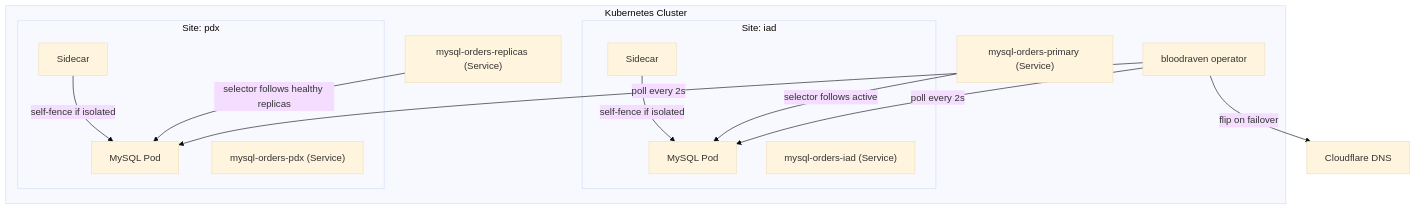
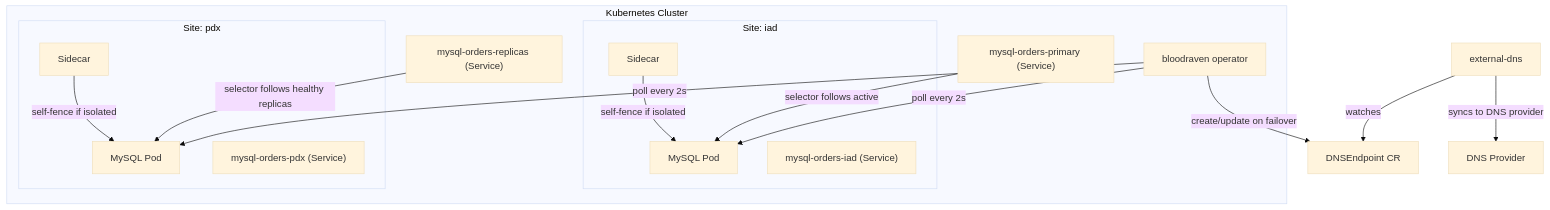
One commit to ShipStream/bloodraven changed the diagram in docs/docs/architecture.mdx. Above: the diagram before and after it, drawn with Mermaid (base theme). The commit also changed other lines of this file and 25 other files, not shown here.

First line of the commit message:
Replace Cloudflare DNS with external-dns DNSEndpoint CRD

````diff
--- a/docs/docs/architecture.mdx
+++ b/docs/docs/architecture.mdx
@@ -11,31 +11,34 @@
 ```mermaid
 graph TB
     subgraph "Kubernetes Cluster"
         OP[bloodraven operator]
 
         subgraph "Site: iad"
             POD_A[MySQL Pod]
             SC_A[Sidecar]
             SVC_A["mysql-orders-iad (Service)"]
         end
 
         subgraph "Site: pdx"
             POD_B[MySQL Pod]
             SC_B[Sidecar]
             SVC_B["mysql-orders-pdx (Service)"]
         end
 
         SVC_PRI["mysql-orders-primary (Service)"]
         SVC_REP["mysql-orders-replicas (Service)"]
     end
 
-    CF[Cloudflare DNS]
+    DE[DNSEndpoint CR]
+    ED[external-dns]
 
     OP -- "poll every 2s" --> POD_A
     OP -- "poll every 2s" --> POD_B
-    OP -- "flip on failover" --> CF
+    OP -- "create/update on failover" --> DE
+    ED -- "watches" --> DE
+    ED -- "syncs to DNS provider" --> DNS[DNS Provider]
     SVC_PRI -- "selector follows active" --> POD_A
     SVC_REP -- "selector follows healthy replicas" --> POD_B
     SC_A -- "self-fence if isolated" --> POD_A
     SC_B -- "self-fence if isolated" --> POD_B
 ```
````
